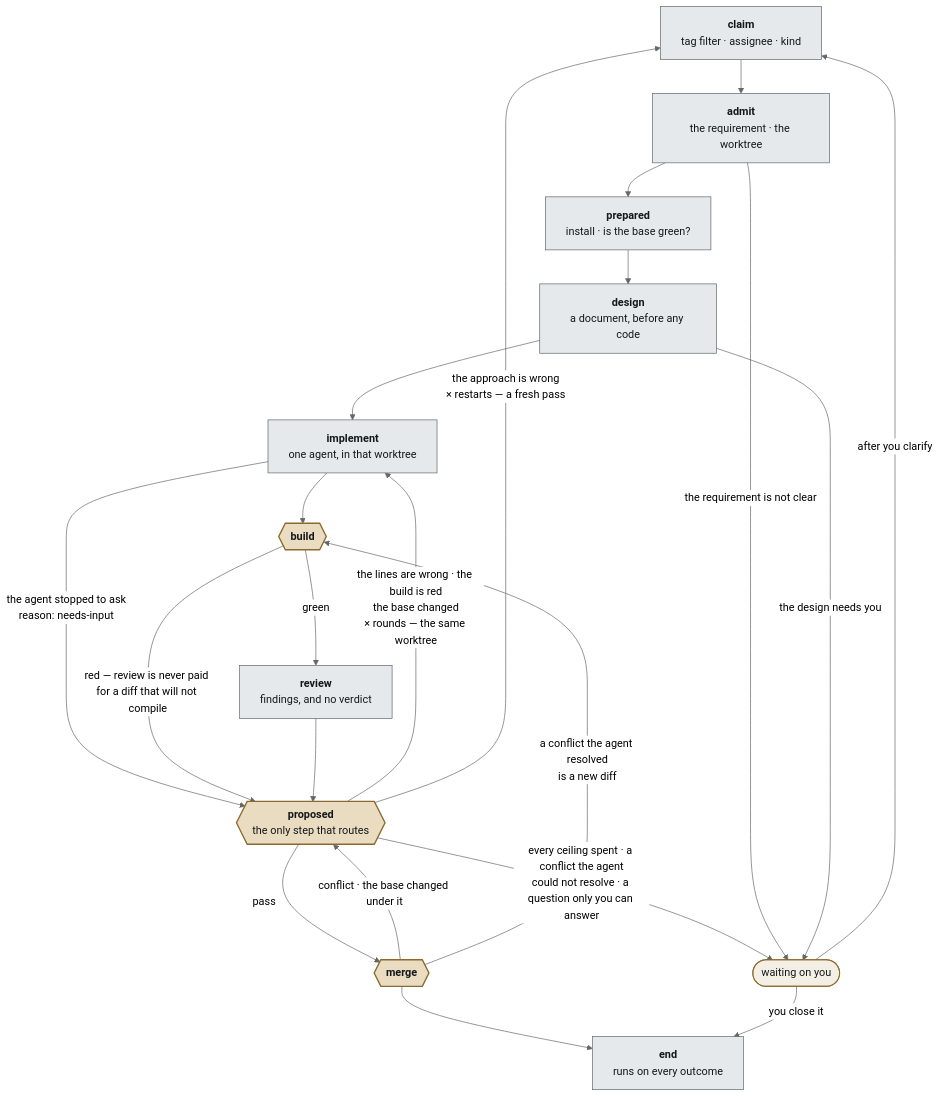
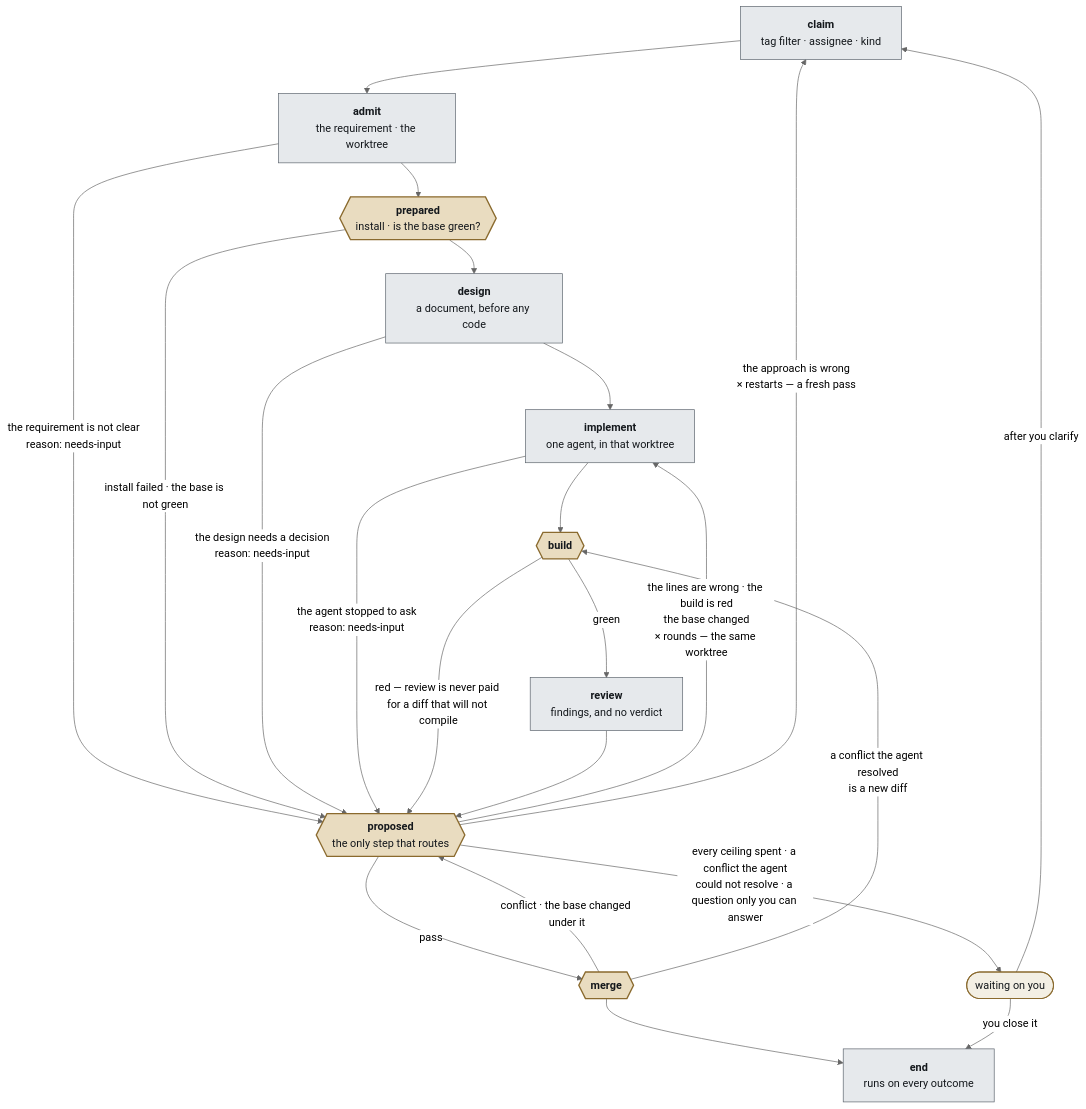
Before and after one commit to steven-zhc/lingtai: the diagram in doc/decisions/0058-lingtai-is-a-development-pipeline.md, drawn with Mermaid (neutral theme). The commit also changed other lines of this file and 1 other file, not shown here.

First line of the commit message:
0058: waiting has one way in, prepared refuses, and the stale copy of the plugin table is gone

````diff
--- a/doc/decisions/0058-lingtai-is-a-development-pipeline.md
+++ b/doc/decisions/0058-lingtai-is-a-development-pipeline.md
@@ -204,39 +199,40 @@
 ```mermaid
 flowchart TB
   CL["<b>claim</b><br/>tag filter · assignee · kind"]
   AD["<b>admit</b><br/>the requirement · the worktree"]
-  PR["<b>prepared</b><br/>install · is the base green?"]
+  PR{{"<b>prepared</b><br/>install · is the base green?"}}
   DS["<b>design</b><br/>a document, before any code"]
   IM["<b>implement</b><br/>one agent, in that worktree"]
   BU{{"<b>build</b>"}}
   RV["<b>review</b><br/>findings, and no verdict"]
   PO{{"<b>proposed</b><br/>the only step that routes"}}
   MG{{"<b>merge</b>"}}
   EN["<b>end</b><br/>runs on every outcome"]
   WA(["waiting on you"])
 
   CL --> AD --> PR --> DS --> IM --> BU
+  AD -->|"the requirement is not clear<br/>reason: needs-input"| PO
+  PR -->|"install failed · the base is not green"| PO
+  DS -->|"the design needs a decision<br/>reason: needs-input"| PO
   IM -->|"the agent stopped to ask<br/>reason: needs-input"| PO
   BU -->|"green"| RV
   BU -->|"red — review is never paid for a diff that will not compile"| PO
   RV --> PO
   PO -->|"pass"| MG
   MG --> EN
   MG -->|"conflict · the base changed under it"| PO
   MG -->|"a conflict the agent resolved<br/>is a new diff"| BU
 
   PO -->|"the lines are wrong · the build is red<br/>the base changed<br/>× rounds — the same worktree"| IM
   PO -->|"the approach is wrong<br/>× restarts — a fresh pass"| CL
   PO -->|"every ceiling spent · a conflict the agent<br/>could not resolve · a question only you can answer"| WA
-  AD -->|"the requirement is not clear"| WA
-  DS -->|"the design needs you"| WA
   WA -->|"after you clarify"| CL
   WA -->|"you close it"| EN
 
   classDef gate fill:#e9dcc0,stroke:#8a6a2e,stroke-width:2px,color:#14181c;
   classDef core fill:#e6e9ec,stroke:#5c646d,color:#14181c;
   classDef back fill:#f3efe4,stroke:#8a6a2e,stroke-width:1.5px,color:#14181c;
-  class BU,PO,MG gate;
-  class CL,AD,PR,DS,IM,RV,EN core;
+  class PR,BU,PO,MG gate;
+  class CL,AD,DS,IM,RV,EN core;
   class WA back;
 ```
````
